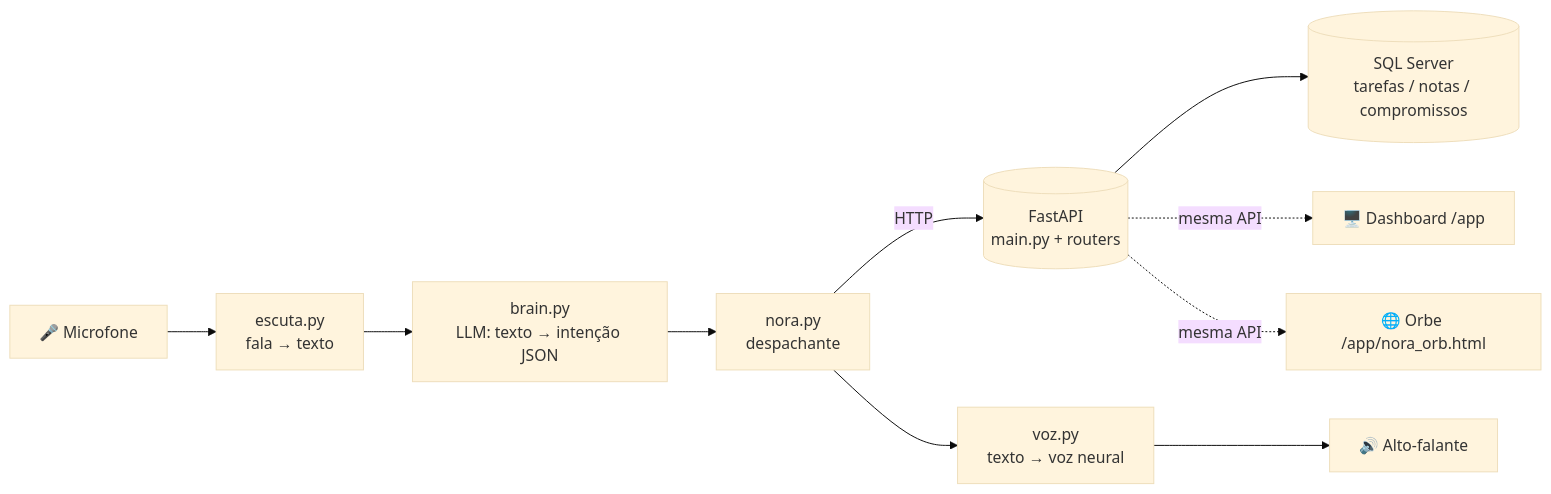
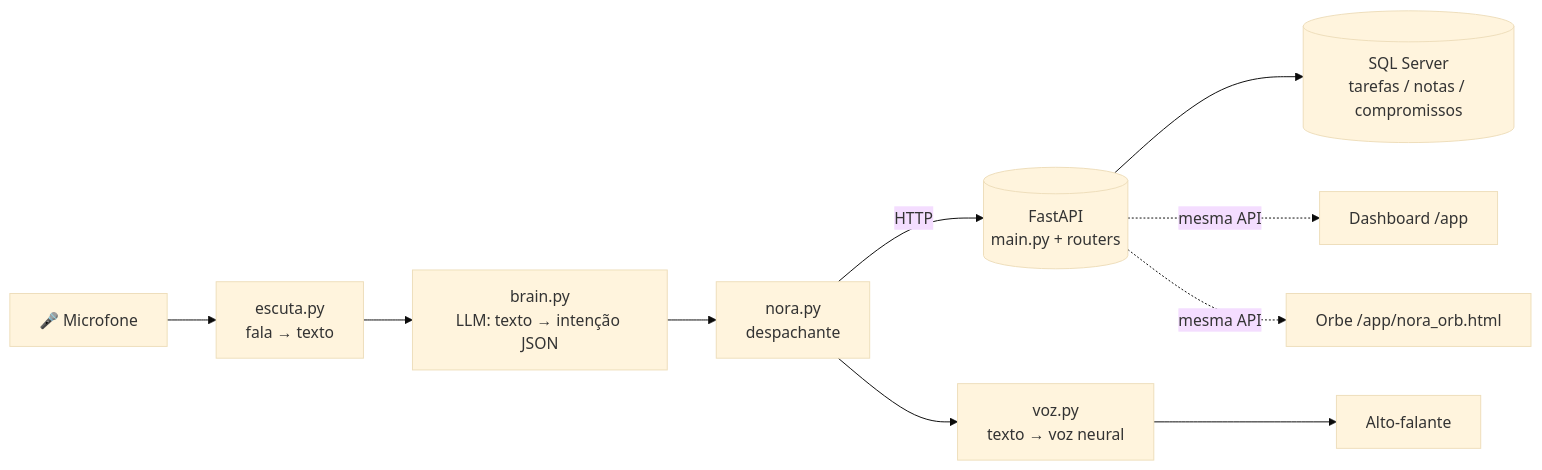
The diagram in README.md (felippealex76-ctrl/Assistente_pessoal_Nora), drawn with Mermaid (base theme) before and after one commit. The commit also changed other lines of this file, not shown here.

````diff
--- a/README.md
+++ b/README.md
@@ -38,13 +38,13 @@
 ```mermaid
 flowchart LR
     MIC[🎤 Microfone] --> ESC[escuta.py<br/>fala → texto]
     ESC --> BRAIN[brain.py<br/>LLM: texto → intenção JSON]
     BRAIN --> DISP[nora.py<br/>despachante]
     DISP -->|HTTP| API[(FastAPI<br/>main.py + routers)]
     API --> DB[(SQL Server<br/>tarefas / notas / compromissos)]
     DISP --> VOZ[voz.py<br/>texto → voz neural]
-    VOZ --> SPK[🔊 Alto-falante]
+    VOZ --> SPK[Alto-falante]
 
-    API -. mesma API .-> WEB[🖥️ Dashboard /app]
-    API -. mesma API .-> ORB[🌐 Orbe /app/nora_orb.html]
+    API -. mesma API .-> WEB[Dashboard /app]
+    API -. mesma API .-> ORB[ Orbe /app/nora_orb.html]
 ```
````
